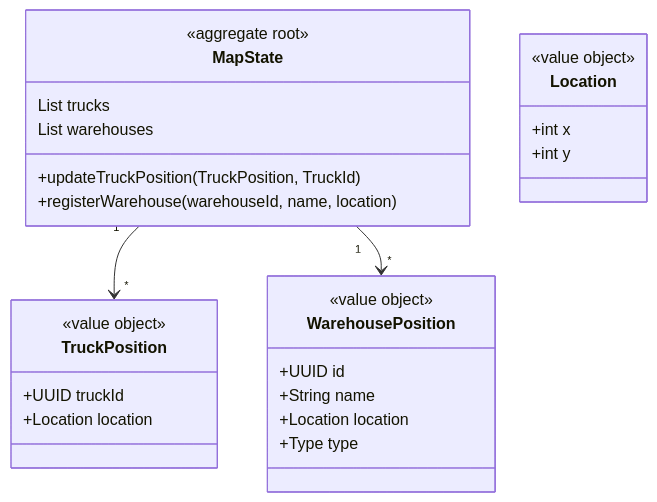
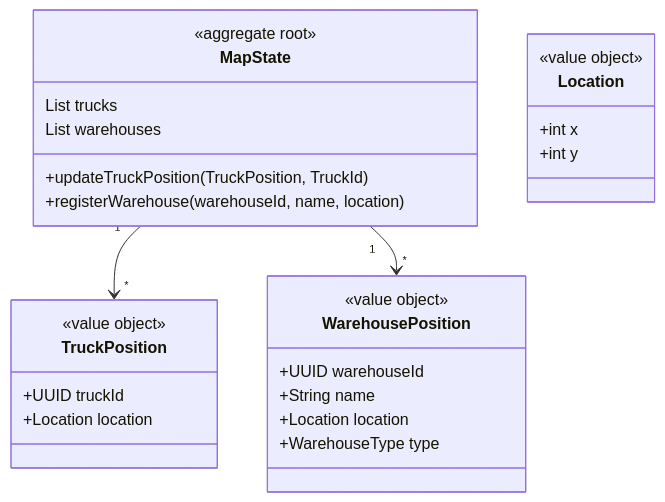
Before and after one commit to fraarrmat11/MS-SIMULATION: the second of 3 diagrams in README.md, drawn with Mermaid.

Commit message:
docs: changed names in variables
Updated WarehousePosition class attributes to use WarehouseType.

````diff
--- a/README.md
+++ b/README.md
@@ -37,30 +37,30 @@
 ```mermaid
 classDiagram
     class MapState {
         List<TruckPosition> trucks
         List<WarehousePosition> warehouses
         <<aggregate root>>
         +updateTruckPosition(TruckPosition, TruckId)
         +registerWarehouse(warehouseId, name, location)
     }
     class TruckPosition {
         <<value object>>
         +UUID truckId
         +Location location
     }
 
     class WarehousePosition {
         <<value object>>
-        +UUID id
+        +UUID warehouseId
         +String name
         +Location location
-        +Type type
+        +WarehouseType type
     }
     class Location {
         <<value object>>
         +int x
         +int y
     }
     MapState "1" --> "*" TruckPosition
     MapState "1" --> "*" WarehousePosition
 ```
````
